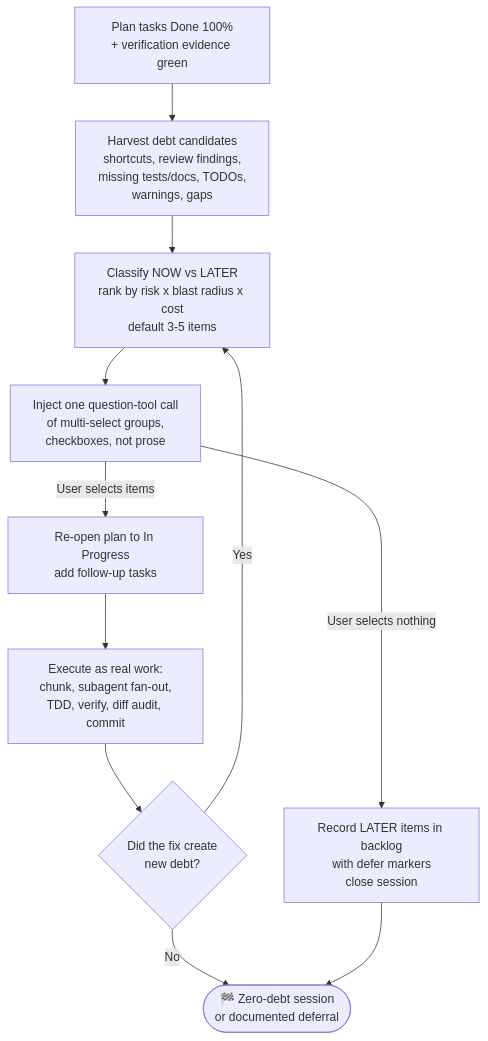
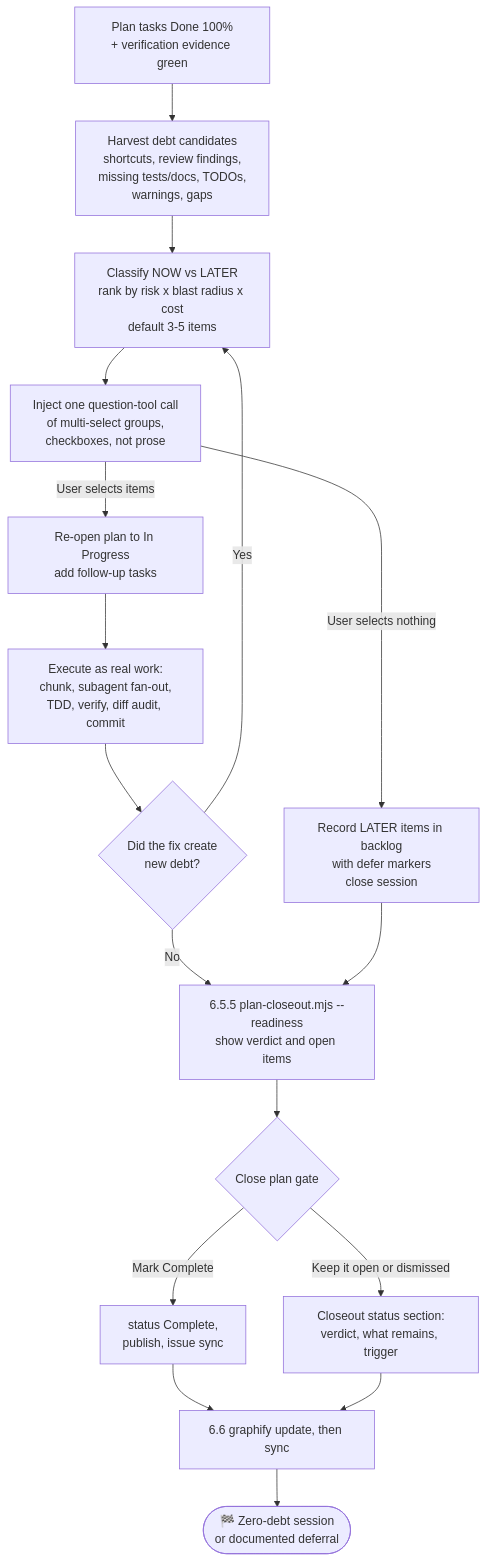
Before and after one commit to belajarcarabelajar/vivera: the diagram in skills/sucp-debt-sweep/SKILL.md, drawn with Mermaid. The commit also changed other lines of this file and 15 other files, not shown here.

First line of the commit message:
feat: plan closeout gate with skip_if readiness, cross-session audit, and a registry that records the repository

````diff
--- a/skills/sucp-debt-sweep/SKILL.md
+++ b/skills/sucp-debt-sweep/SKILL.md
@@ -119,15 +137,21 @@
 ```mermaid
 flowchart TD
     accTitle: Session-close debt sweep and follow-up injection
-    accDescr: Once the plan is done at one hundred percent, harvested debt is classified and ranked into three to five follow-ups, injected as one question-tool call of multi-select groups, executed as real work, and swept again until no new debt appears.
+    accDescr: Once the plan is done at one hundred percent, harvested debt is classified and ranked into three to five follow-ups, injected as one question-tool call of multi-select groups, executed as real work, and swept again until no new debt appears. Then the readiness verdict drives the Close plan gate, which marks the plan Complete or records why it stays open, and only after that the graphify sync runs.
     Gate["Plan tasks Done 100%\n+ verification evidence green"] --> Harvest["Harvest debt candidates\nshortcuts, review findings,\nmissing tests/docs, TODOs,\nwarnings, gaps"]
     Harvest --> Rank["Classify NOW vs LATER\nrank by risk x blast radius x cost\ndefault 3-5 items"]
     Rank --> Ask["Inject one question-tool call\nof multi-select groups,\ncheckboxes, not prose"]
     Ask -->|User selects items| Reopen["Re-open plan to In Progress\nadd follow-up tasks"]
     Ask -->|User selects nothing| Backlog["Record LATER items in backlog\nwith defer markers\nclose session"]
     Reopen --> Exec["Execute as real work:\nchunk, subagent fan-out,\nTDD, verify, diff audit, commit"]
     Exec --> SweepAgain{"Did the fix create\nnew debt?"}
     SweepAgain -->|"Yes"| Rank
-    SweepAgain -->|"No"| Close(["🏁 Zero-debt session\nor documented deferral"])
-    Backlog --> Close
+    SweepAgain -->|"No"| Readiness["6.5.5 plan-closeout.mjs --readiness\nshow verdict and open items"]
+    Backlog --> Readiness
+    Readiness --> CloseGate{"Close plan gate"}
+    CloseGate -->|"Mark Complete"| Complete["status Complete,\npublish, issue sync"]
+    CloseGate -->|"Keep it open or dismissed"| KeepOpen["Closeout status section:\nverdict, what remains, trigger"]
+    Complete --> Graph["6.6 graphify update, then sync"]
+    KeepOpen --> Graph
+    Graph --> Close(["🏁 Zero-debt session\nor documented deferral"])
 ```
````
